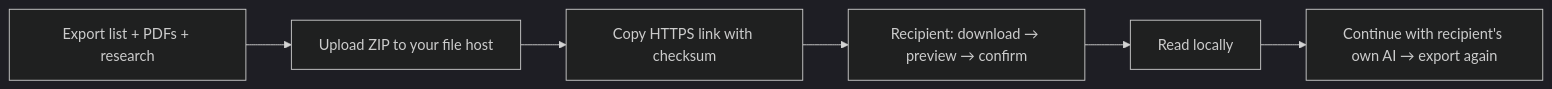
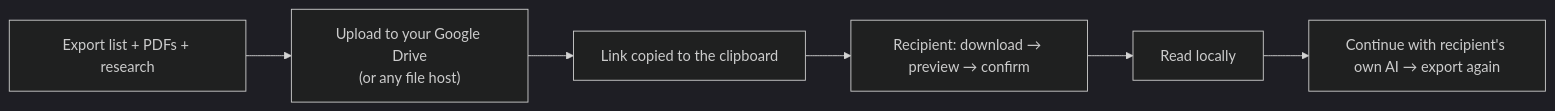
The diagram in docs/sharing.md (puddings-world/Paperfact), drawn with Mermaid (dark theme) before and after one commit. The commit also changed other lines of this file and 66 other files, not shown here.

````diff
--- a/docs/sharing.md
+++ b/docs/sharing.md
@@ -7,8 +8,8 @@
 ```mermaid
 flowchart LR
-    A["Export list + PDFs + research"] --> B["Upload ZIP to your file host"]
-    B --> C["Copy HTTPS link with checksum"]
+    A["Export list + PDFs + research"] --> B["Upload to your Google Drive<br/>(or any file host)"]
+    B --> C["Link copied to the clipboard"]
     C --> D["Recipient: download → preview → confirm"]
     D --> E["Read locally"]
     E --> F["Continue with recipient's own AI → export again"]
 ```
````
